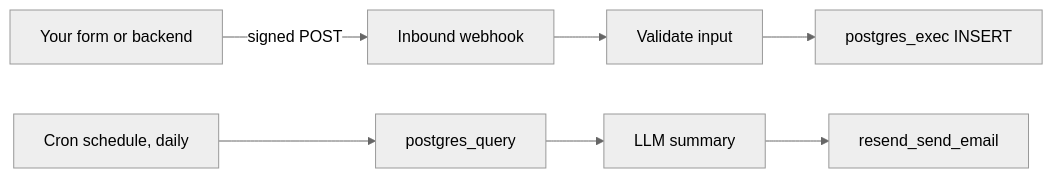
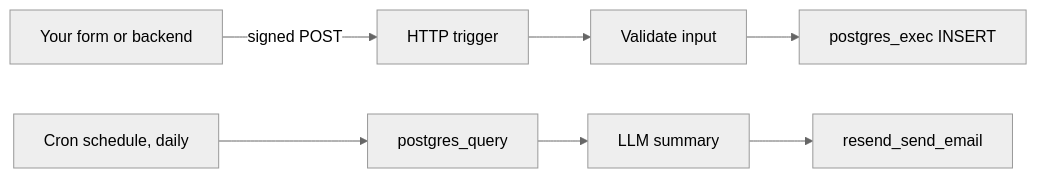
One commit to agentruntime-io/agentruntime-docs changed the diagram in guides/form-webhook-postgres-resend-digest.mdx. Above: the diagram before and after it, drawn with Mermaid (neutral theme). The commit also changed other lines of this file and 13 other files, not shown here.

````diff
--- a/guides/form-webhook-postgres-resend-digest.mdx
+++ b/guides/form-webhook-postgres-resend-digest.mdx
@@ -10,9 +10,9 @@
 ```mermaid
 flowchart LR
-  Form[Your form or backend] -->|signed POST| WH[Inbound webhook]
+  Form[Your form or backend] -->|signed POST| WH[HTTP trigger]
   WH --> Validate[Validate input]
   Validate --> Insert[postgres_exec INSERT]
   Cron[Cron schedule, daily] --> Query[postgres_query]
   Query --> LLM[LLM summary]
   LLM --> Send[resend_send_email]
 ```
````
